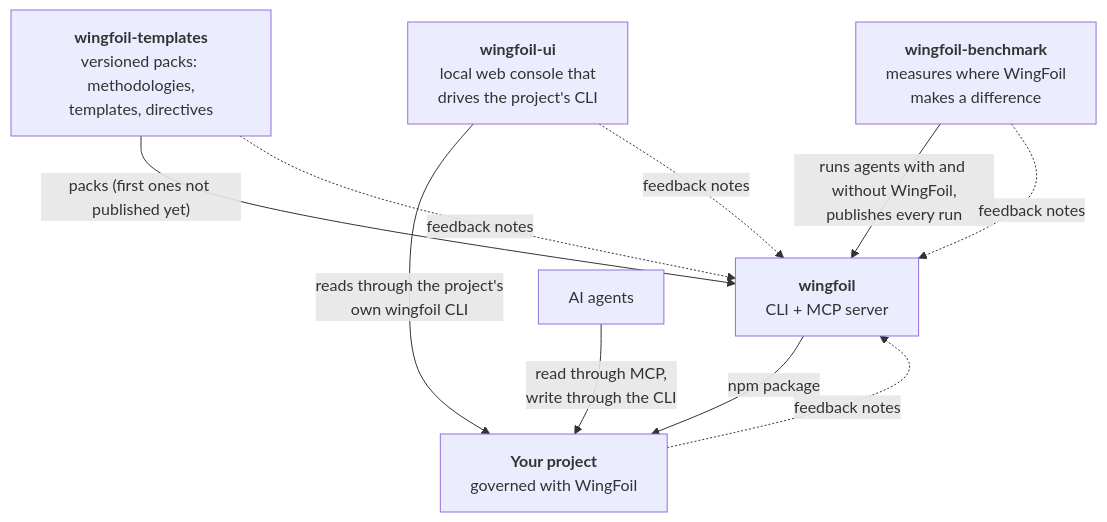
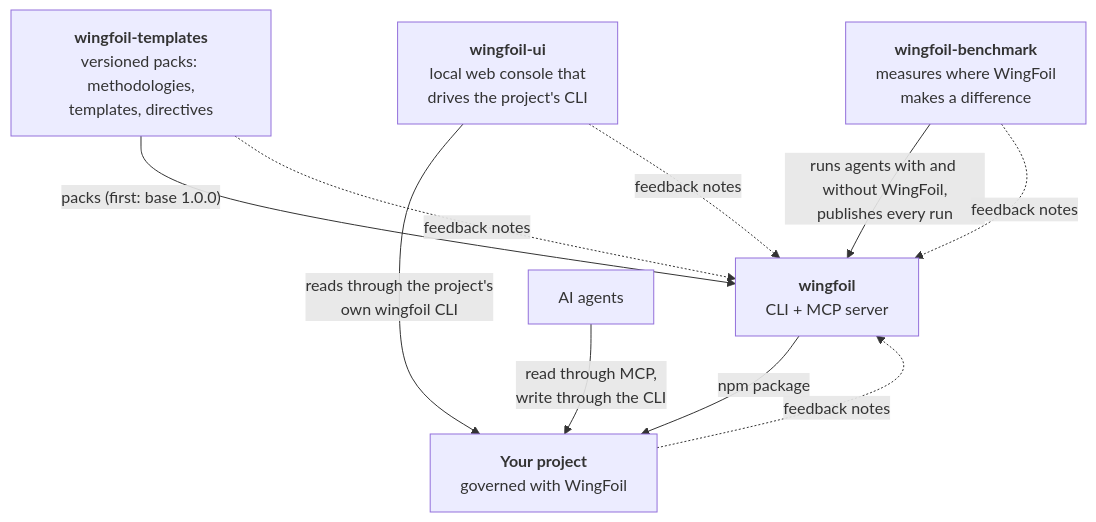
One commit to wingfoil/.github changed the diagram in docs/ecosystem.md. Above: the diagram before and after it, drawn with Mermaid. The commit also changed other lines of this file and 3 other files, not shown here.

````diff
--- a/docs/ecosystem.md
+++ b/docs/ecosystem.md
@@ -6,19 +6,19 @@
 ```mermaid
 flowchart TB
     T["<b>wingfoil-templates</b><br/>versioned packs: methodologies,<br/>templates, directives"]
     W["<b>wingfoil</b><br/>CLI + MCP server"]
     U["<b>wingfoil-ui</b><br/>local web console that<br/>drives the project's CLI"]
     B["<b>wingfoil-benchmark</b><br/>measures where WingFoil<br/>makes a difference"]
     Y["<b>Your project</b><br/>governed with WingFoil"]
     A["AI agents"]
 
-    T -- "packs (first ones not published yet)" --> W
+    T -- "packs (first: base 1.0.0)" --> W
     W -- "npm package" --> Y
     U -- "reads through the project's<br/>own wingfoil CLI" --> Y
     A -- "read through MCP,<br/>write through the CLI" --> Y
     B -- "runs agents with and without WingFoil,<br/>publishes every run" --> W
     T -. "feedback notes" .-> W
     B -. "feedback notes" .-> W
     U -. "feedback notes" .-> W
     Y -. "feedback notes" .-> W
 ```
````
